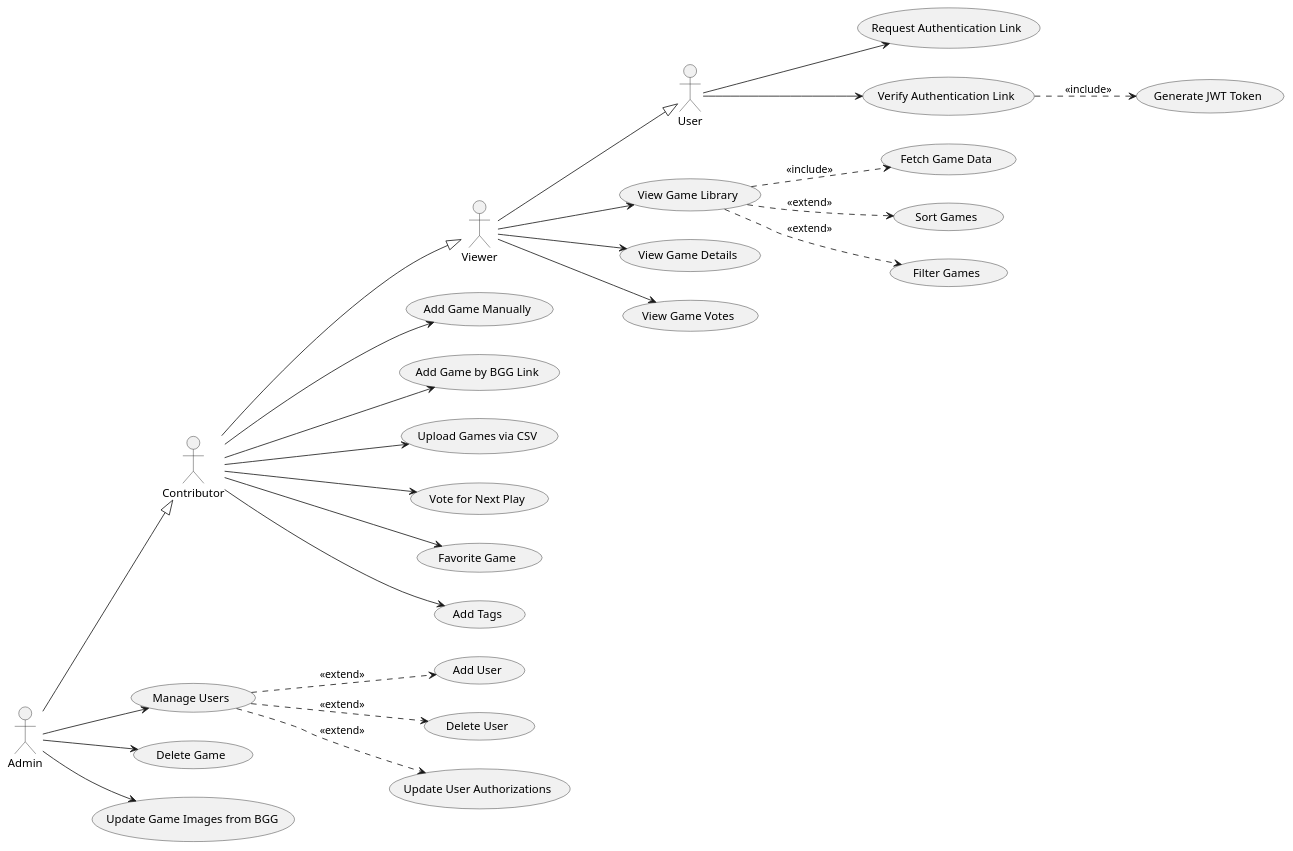
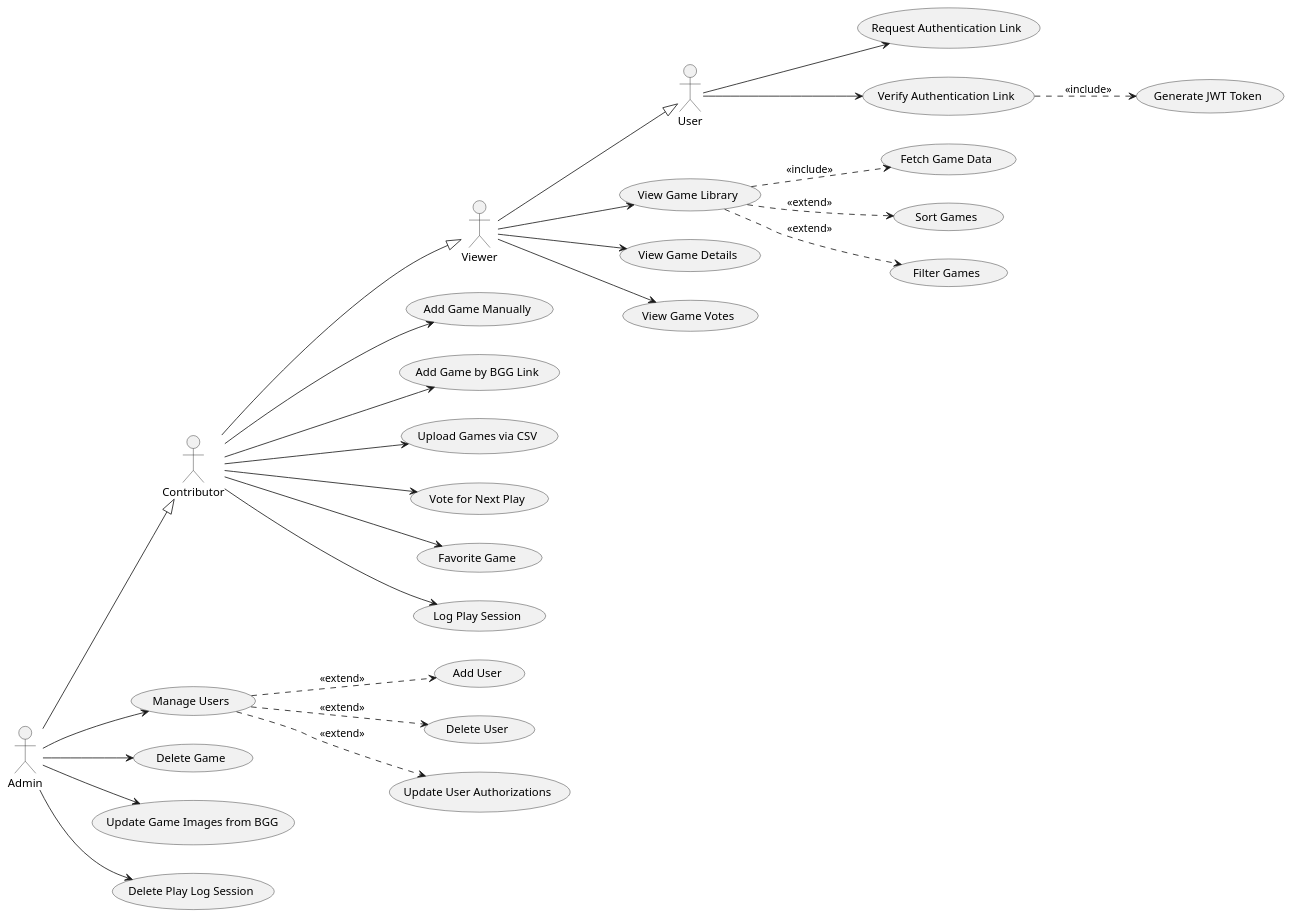
One commit to leshmark/gamegroup changed the first of 6 diagrams in Game Group Site.md. Above: the diagram before and after it, drawn with PlantUML. The commit also changed other lines of this file and 8 other files, not shown here.

````diff
--- a/Game Group Site.md
+++ b/Game Group Site.md
@@ -69,52 +83,46 @@
 ```plantuml
 @startuml
 left to right direction
 
 ' Actors with inheritance
 actor User
 actor Viewer
 actor Contributor
 actor Admin
 
 Viewer --|> User
 Contributor --|> Viewer
 Admin --|> Contributor
 
 ' Authentication Use Cases (all users)
 User --> (Request Authentication Link)
 User --> (Verify Authentication Link)
 (Verify Authentication Link) ..> (Generate JWT Token) : <<include>>
 
 ' Game Library Viewing (Viewer+)
 Viewer --> (View Game Library)
 (View Game Library) ..> (Fetch Game Data) : <<include>>
 (View Game Library) ..> (Sort Games) : <<extend>>
 (View Game Library) ..> (Filter Games) : <<extend>>
 Viewer --> (View Game Details)
 Viewer --> (View Game Votes)
 
 ' Game Management (Contributor+)
 Contributor --> (Add Game Manually)
 Contributor --> (Add Game by BGG Link)
 Contributor --> (Upload Games via CSV)
 Contributor --> (Vote for Next Play)
 Contributor --> (Favorite Game)
+Contributor --> (Log Play Session)
 
 ' Admin Functions (Admin only)
 Admin --> (Manage Users)
 Admin --> (Delete Game)
 (Manage Users) ..> (Add User) : <<extend>>
 (Manage Users) ..> (Delete User) : <<extend>>
 (Manage Users) ..> (Update User Authorizations) : <<extend>>
 Admin --> (Update Game Images from BGG)
-
-' Tag Management (planned)
-' note right of (View Tags)
-'   Planned features
-'   not yet implemented
-' end note
-' Viewer --> (View Tags)
-Contributor --> (Add Tags)
+Admin --> (Delete Play Log Session)
 
 @enduml
 ```
````
